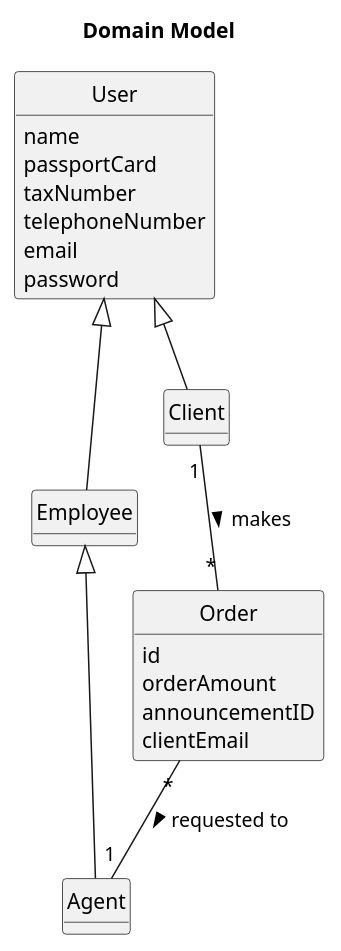
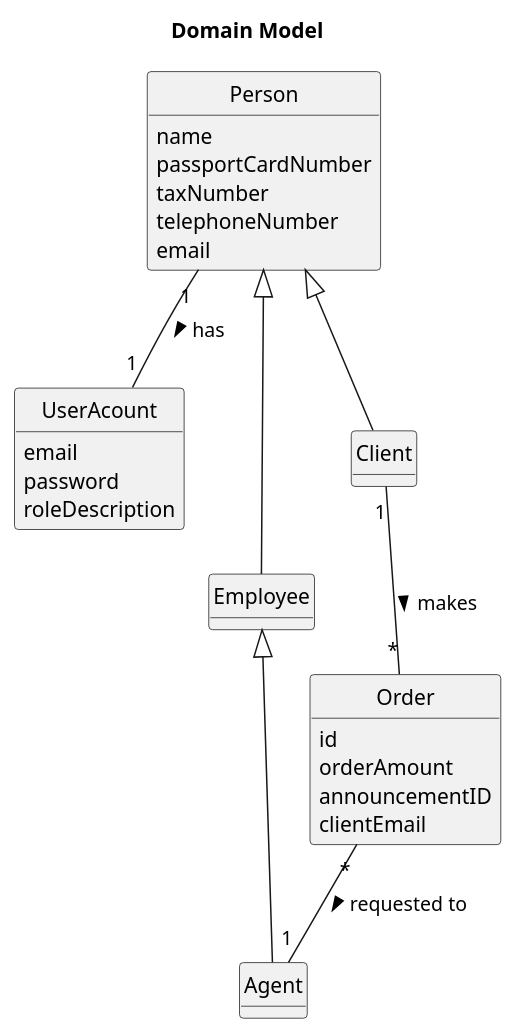
Before and after one commit to Goncalves2525/real-estate-management-system: the diagram in docs/sprintC/us010/02.analysis/puml/us010-domain-model.puml, drawn with PlantUML. The commit also changed 52 other files, not shown here.

Commit message:
Made Rationale, created sequence diagram and prepared class diagram [UC10] [Design]

```diff
--- a/docs/sprintC/us010/02.analysis/puml/us010-domain-model.puml
+++ b/docs/sprintC/us010/02.analysis/puml/us010-domain-model.puml
@@ -1,45 +1,50 @@
 @startuml
 skinparam monochrome true
 skinparam packageStyle rectangle
 skinparam shadowing false
 'skinparam linetype ortho
 'left to right direction
 
 skinparam classAttributeIconSize 0
 'skinparam groupInheritance 2
 
 hide circle
 hide methods
 
 title Domain Model
 
-class Employee extends User{
+class UserAcount{
+    email
+    password
+    roleDescription
 }
-class User{
+
+class Employee extends Person{
+}
+class Person{
     name
-    passportCard
+    passportCardNumber
     taxNumber
     telephoneNumber
     email
-    password
 }
 
-class Client extends User{
+class Client extends Person{
 }
 
 class Order{
     id
     orderAmount
     announcementID
     clientEmail
 }
 
 class Agent extends Employee{
 }
 
 
 Client "1" -- "*" Order : makes >
 Order "*" -- "1" Agent : requested to >
-
+Person "1" -- "1" UserAcount : has >
 
 @enduml
```
